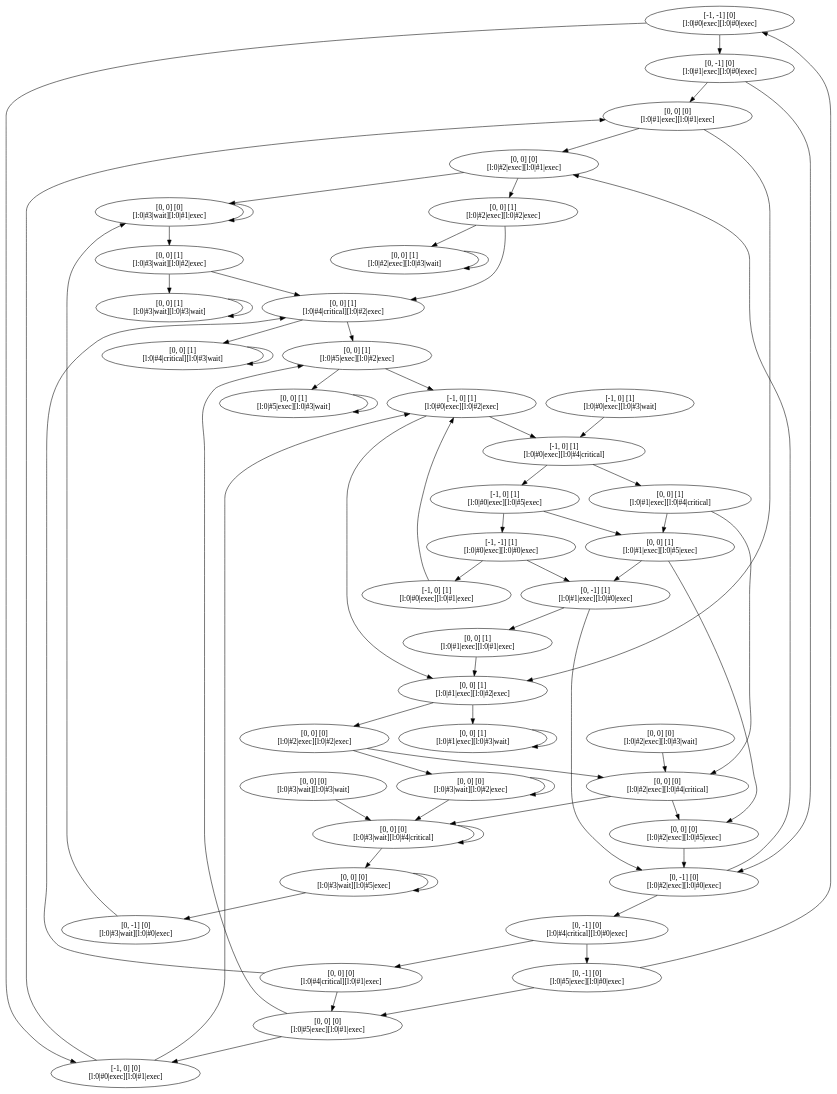
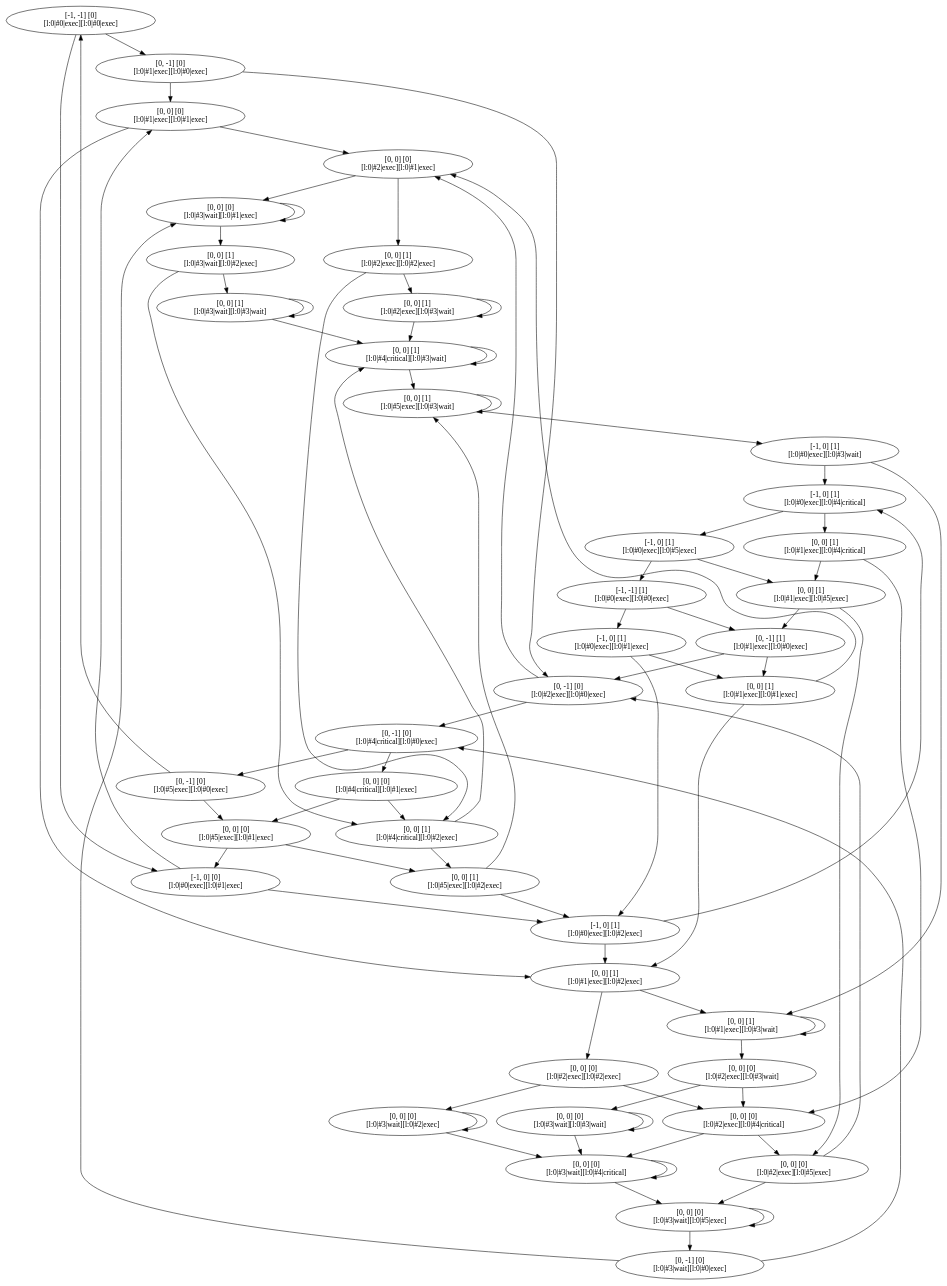
The diagram in TS.dot (JoshuaMoelans/BDD_AlgoStudy), drawn with Graphviz before and after one commit. The commit also changed 2 other files, not shown here.

```diff
--- a/TS.dot
+++ b/TS.dot
@@ -1,111 +1,123 @@
 digraph G {
 0 [label="[-1, -1] [0]\n[l:0|#0|exec][l:0|#0|exec]"]
-1 [label="[0, -1] [0]\n[l:0|#1|exec][l:0|#0|exec]"]
-4 [label="[0, 0] [0]\n[l:0|#1|exec][l:0|#1|exec]"]
-2 [label="[-1, 0] [0]\n[l:0|#0|exec][l:0|#1|exec]"]
-3 [label="[0, -1] [0]\n[l:0|#2|exec][l:0|#0|exec]"]
-6 [label="[-1, 0] [1]\n[l:0|#0|exec][l:0|#2|exec]"]
-7 [label="[0, -1] [0]\n[l:0|#4|critical][l:0|#0|exec]"]
-8 [label="[0, 0] [0]\n[l:0|#2|exec][l:0|#1|exec]"]
-10 [label="[0, 0] [1]\n[l:0|#1|exec][l:0|#2|exec]"]
-12 [label="[-1, 0] [1]\n[l:0|#0|exec][l:0|#4|critical]"]
-13 [label="[0, -1] [0]\n[l:0|#5|exec][l:0|#0|exec]"]
-14 [label="[0, 0] [0]\n[l:0|#4|critical][l:0|#1|exec]"]
-15 [label="[0, 0] [0]\n[l:0|#3|wait][l:0|#1|exec]"]
-16 [label="[0, 0] [1]\n[l:0|#2|exec][l:0|#2|exec]"]
-17 [label="[0, 0] [0]\n[l:0|#2|exec][l:0|#2|exec]"]
-18 [label="[0, 0] [1]\n[l:0|#1|exec][l:0|#3|wait]"]
-42 [label="[0, 0] [1]\n[l:0|#3|wait][l:0|#3|wait]"]
-46 [label="[0, 0] [0]\n[l:0|#3|wait][l:0|#4|critical]"]
-48 [label="[0, 0] [0]\n[l:0|#2|exec][l:0|#5|exec]"]
-49 [label="[0, 0] [0]\n[l:0|#3|wait][l:0|#3|wait]"]
-52 [label="[0, -1] [1]\n[l:0|#1|exec][l:0|#0|exec]"]
-54 [label="[-1, 0] [1]\n[l:0|#0|exec][l:0|#1|exec]"]
-56 [label="[0, 0] [1]\n[l:0|#5|exec][l:0|#3|wait]"]
-36 [label="[-1, -1] [1]\n[l:0|#0|exec][l:0|#0|exec]"]
-38 [label="[0, 0] [1]\n[l:0|#5|exec][l:0|#2|exec]"]
-40 [label="[0, 0] [1]\n[l:0|#4|critical][l:0|#3|wait]"]
-22 [label="[0, 0] [0]\n[l:0|#5|exec][l:0|#1|exec]"]
-20 [label="[-1, 0] [1]\n[l:0|#0|exec][l:0|#5|exec]"]
-19 [label="[0, 0] [1]\n[l:0|#1|exec][l:0|#4|critical]"]
-24 [label="[0, 0] [1]\n[l:0|#4|critical][l:0|#2|exec]"]
-26 [label="[0, 0] [1]\n[l:0|#3|wait][l:0|#2|exec]"]
-28 [label="[0, 0] [1]\n[l:0|#2|exec][l:0|#3|wait]"]
-29 [label="[0, 0] [0]\n[l:0|#3|wait][l:0|#2|exec]"]
-30 [label="[0, 0] [0]\n[l:0|#2|exec][l:0|#4|critical]"]
-31 [label="[0, 0] [0]\n[l:0|#2|exec][l:0|#3|wait]"]
-34 [label="[0, 0] [1]\n[l:0|#1|exec][l:0|#5|exec]"]
-62 [label="[0, 0] [0]\n[l:0|#3|wait][l:0|#5|exec]"]
-68 [label="[0, 0] [1]\n[l:0|#1|exec][l:0|#1|exec]"]
-71 [label="[-1, 0] [1]\n[l:0|#0|exec][l:0|#3|wait]"]
-74 [label="[0, -1] [0]\n[l:0|#3|wait][l:0|#0|exec]"]
-0 -> 1
+2 [label="[0, -1] [0]\n[l:0|#1|exec][l:0|#0|exec]"]
+6 [label="[0, 0] [0]\n[l:0|#1|exec][l:0|#1|exec]"]
+3 [label="[-1, 0] [0]\n[l:0|#0|exec][l:0|#1|exec]"]
+5 [label="[0, -1] [0]\n[l:0|#2|exec][l:0|#0|exec]"]
+9 [label="[-1, 0] [1]\n[l:0|#0|exec][l:0|#2|exec]"]
+11 [label="[0, -1] [0]\n[l:0|#4|critical][l:0|#0|exec]"]
+12 [label="[0, 0] [0]\n[l:0|#2|exec][l:0|#1|exec]"]
+15 [label="[0, 0] [1]\n[l:0|#1|exec][l:0|#2|exec]"]
+18 [label="[-1, 0] [1]\n[l:0|#0|exec][l:0|#4|critical]"]
+20 [label="[0, -1] [0]\n[l:0|#5|exec][l:0|#0|exec]"]
+21 [label="[0, 0] [0]\n[l:0|#4|critical][l:0|#1|exec]"]
+23 [label="[0, 0] [0]\n[l:0|#3|wait][l:0|#1|exec]"]
+24 [label="[0, 0] [1]\n[l:0|#2|exec][l:0|#2|exec]"]
+26 [label="[0, 0] [0]\n[l:0|#2|exec][l:0|#2|exec]"]
+27 [label="[0, 0] [1]\n[l:0|#1|exec][l:0|#3|wait]"]
+63 [label="[0, 0] [1]\n[l:0|#3|wait][l:0|#3|wait]"]
+69 [label="[0, 0] [0]\n[l:0|#3|wait][l:0|#4|critical]"]
+72 [label="[0, 0] [0]\n[l:0|#2|exec][l:0|#5|exec]"]
+74 [label="[0, 0] [0]\n[l:0|#3|wait][l:0|#3|wait]"]
+78 [label="[0, -1] [1]\n[l:0|#1|exec][l:0|#0|exec]"]
+81 [label="[-1, 0] [1]\n[l:0|#0|exec][l:0|#1|exec]"]
+84 [label="[0, 0] [1]\n[l:0|#5|exec][l:0|#3|wait]"]
+54 [label="[-1, -1] [1]\n[l:0|#0|exec][l:0|#0|exec]"]
+57 [label="[0, 0] [1]\n[l:0|#5|exec][l:0|#2|exec]"]
+60 [label="[0, 0] [1]\n[l:0|#4|critical][l:0|#3|wait]"]
+33 [label="[0, 0] [0]\n[l:0|#5|exec][l:0|#1|exec]"]
+30 [label="[-1, 0] [1]\n[l:0|#0|exec][l:0|#5|exec]"]
+29 [label="[0, 0] [1]\n[l:0|#1|exec][l:0|#4|critical]"]
+36 [label="[0, 0] [1]\n[l:0|#4|critical][l:0|#2|exec]"]
+39 [label="[0, 0] [1]\n[l:0|#3|wait][l:0|#2|exec]"]
+42 [label="[0, 0] [1]\n[l:0|#2|exec][l:0|#3|wait]"]
+44 [label="[0, 0] [0]\n[l:0|#3|wait][l:0|#2|exec]"]
+45 [label="[0, 0] [0]\n[l:0|#2|exec][l:0|#4|critical]"]
+47 [label="[0, 0] [0]\n[l:0|#2|exec][l:0|#3|wait]"]
+51 [label="[0, 0] [1]\n[l:0|#1|exec][l:0|#5|exec]"]
+93 [label="[0, 0] [0]\n[l:0|#3|wait][l:0|#5|exec]"]
+102 [label="[0, 0] [1]\n[l:0|#1|exec][l:0|#1|exec]"]
+107 [label="[-1, 0] [1]\n[l:0|#0|exec][l:0|#3|wait]"]
+111 [label="[0, -1] [0]\n[l:0|#3|wait][l:0|#0|exec]"]
 0 -> 2
-1 -> 3
-1 -> 4
-2 -> 4
+0 -> 3
+2 -> 5
 2 -> 6
-3 -> 7
-3 -> 8
-4 -> 8
-4 -> 10
-6 -> 10
+3 -> 6
+3 -> 9
+5 -> 11
+5 -> 12
 6 -> 12
-7 -> 13
-7 -> 14
-8 -> 15
-8 -> 16
-10 -> 17
-10 -> 18
-12 -> 19
-12 -> 20
-13 -> 0
-13 -> 22
-14 -> 22
-14 -> 24
-15 -> 15
+6 -> 15
+9 -> 15
+9 -> 18
+11 -> 20
+11 -> 21
+12 -> 23
+12 -> 24
 15 -> 26
-16 -> 24
-16 -> 28
-17 -> 29
-17 -> 30
-18 -> 18
-19 -> 30
-19 -> 34
-20 -> 34
-20 -> 36
-22 -> 2
-22 -> 38
-24 -> 38
-24 -> 40
-26 -> 24
-26 -> 42
-28 -> 28
-29 -> 29
-29 -> 46
-30 -> 46
-30 -> 48
-31 -> 30
-34 -> 48
-34 -> 52
-36 -> 52
-36 -> 54
-38 -> 6
-38 -> 56
-40 -> 40
+15 -> 27
+18 -> 29
+18 -> 30
+20 -> 0
+20 -> 33
+21 -> 33
+21 -> 36
+23 -> 23
+23 -> 39
+24 -> 36
+24 -> 42
+26 -> 44
+26 -> 45
+27 -> 47
+27 -> 27
+29 -> 45
+29 -> 51
+30 -> 51
+30 -> 54
+33 -> 3
+33 -> 57
+36 -> 57
+36 -> 60
+39 -> 36
+39 -> 63
+42 -> 60
 42 -> 42
-46 -> 46
-46 -> 62
-48 -> 3
-49 -> 46
-52 -> 3
-52 -> 68
-54 -> 6
-56 -> 56
-62 -> 62
-62 -> 74
-68 -> 10
-71 -> 12
-74 -> 15
+44 -> 44
+44 -> 69
+45 -> 69
+45 -> 72
+47 -> 74
+47 -> 45
+51 -> 72
+51 -> 78
+54 -> 78
+54 -> 81
+57 -> 9
+57 -> 84
+60 -> 84
+60 -> 60
+63 -> 60
+63 -> 63
+69 -> 69
+69 -> 93
+72 -> 93
+72 -> 5
+74 -> 74
+74 -> 69
+78 -> 5
+78 -> 102
+81 -> 102
+81 -> 9
+84 -> 107
+84 -> 84
+93 -> 93
+93 -> 111
+102 -> 12
+102 -> 15
+107 -> 27
+107 -> 18
+111 -> 11
+111 -> 23
 
 }
```
